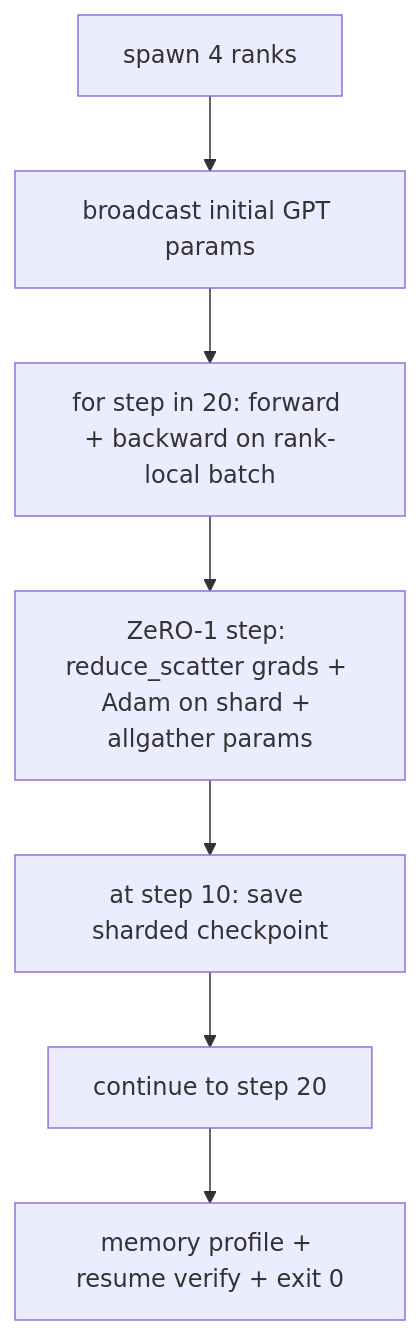
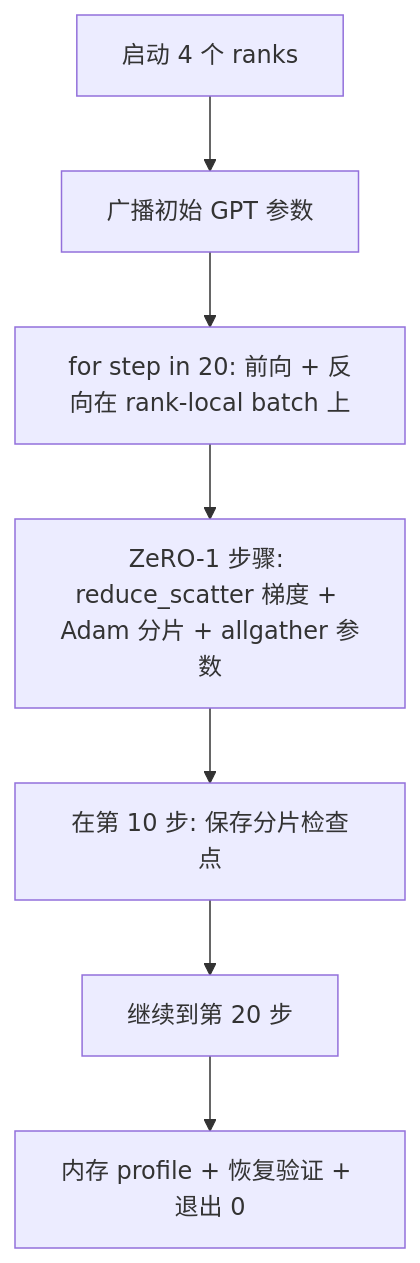
The diagram in lessons/19-capstone-projects/81-end-to-end-distributed-train/docs/zh.md (guangningsun/ailearning), drawn with Mermaid before and after one commit. The commit also changed other lines of this file and 85 other files, not shown here.

````diff
--- a/lessons/19-capstone-projects/81-end-to-end-distributed-train/docs/zh.md
+++ b/lessons/19-capstone-projects/81-end-to-end-distributed-train/docs/zh.md
@@ -25,9 +25,9 @@
 ```mermaid
 flowchart TB
-  A[spawn 4 ranks] --> B[broadcast initial GPT params]
-  B --> C[for step in 20: forward + backward on rank-local batch]
-  C --> D[ZeRO-1 step: reduce_scatter grads + Adam on shard + allgather params]
-  D --> E[at step 10: save sharded checkpoint]
-  E --> F[continue to step 20]
-  F --> G[memory profile + resume verify + exit 0]
+  A[启动 4 个 ranks] --> B[广播初始 GPT 参数]
+  B --> C[for step in 20: 前向 + 反向在 rank-local batch 上]
+  C --> D[ZeRO-1 步骤: reduce_scatter 梯度 + Adam 分片 + allgather 参数]
+  D --> E[在第 10 步: 保存分片检查点]
+  E --> F[继续到第 20 步]
+  F --> G[内存 profile + 恢复验证 + 退出 0]
 ```
````
